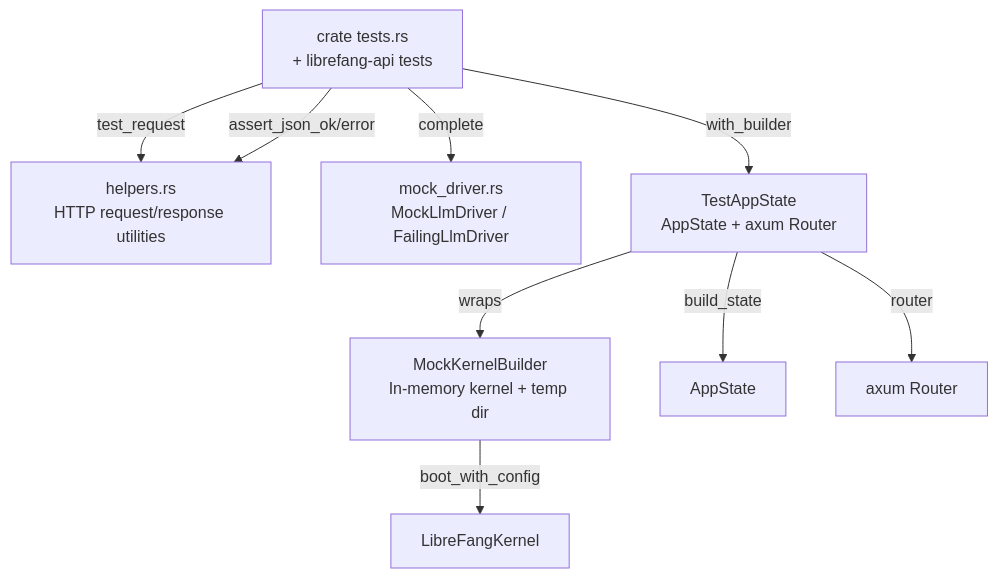
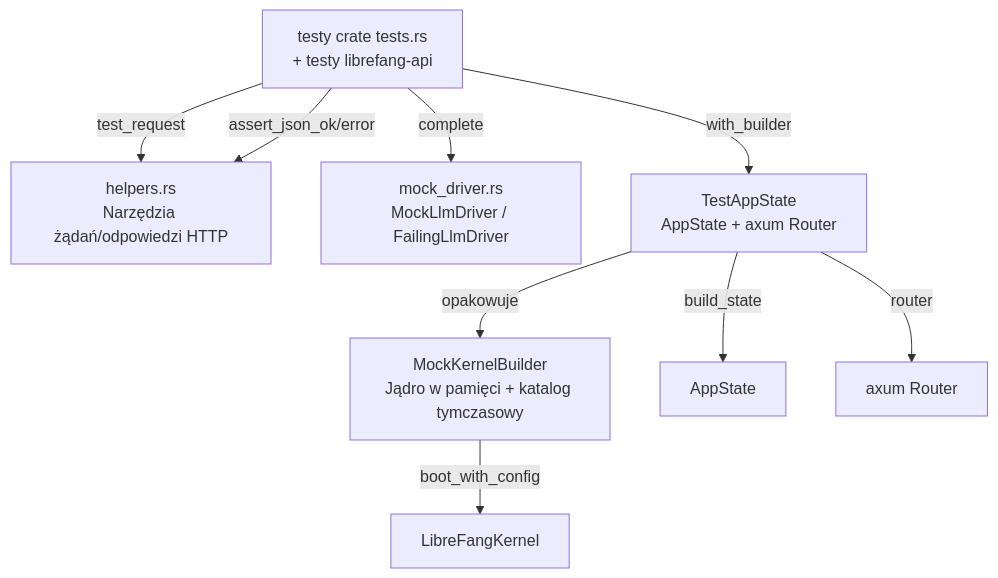
The diagram in crates-librefang-testing.md (leszek3737/librefang-WIki), drawn with Mermaid before and after one commit. The commit also changed other lines of this file and 104 other files, not shown here.

````diff
--- a/crates-librefang-testing.md
+++ b/crates-librefang-testing.md
@@ -11,17 +11,17 @@
 ```mermaid
 graph TD
-    HF[helpers.rs<br/>HTTP request/response utilities]
-    MK[MockKernelBuilder<br/>In-memory kernel + temp dir]
+    HF[helpers.rs<br/>Narzędzia żądań/odpowiedzi HTTP]
+    MK[MockKernelBuilder<br/>Jądro w pamięci + katalog tymczasowy]
     MD[mock_driver.rs<br/>MockLlmDriver / FailingLlmDriver]
     TA[TestAppState<br/>AppState + axum Router]
 
     MK -->|boot_with_config| K[LibreFangKernel]
-    TA -->|wraps| MK
+    TA -->|opakowuje| MK
     TA -->|build_state| AS[AppState]
     TA -->|router| R[axum Router]
 
-    Tests[crate tests.rs<br/>+ librefang-api tests] -->|with_builder| TA
+    Tests[testy crate tests.rs<br/>+ testy librefang-api] -->|with_builder| TA
     Tests -->|test_request| HF
     Tests -->|assert_json_ok/error| HF
     Tests -->|complete| MD
 ```
````
